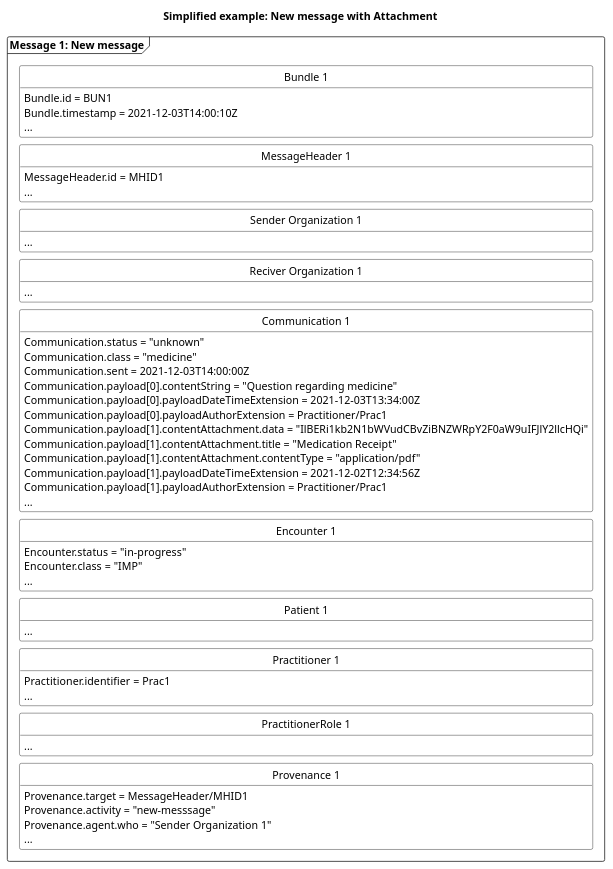
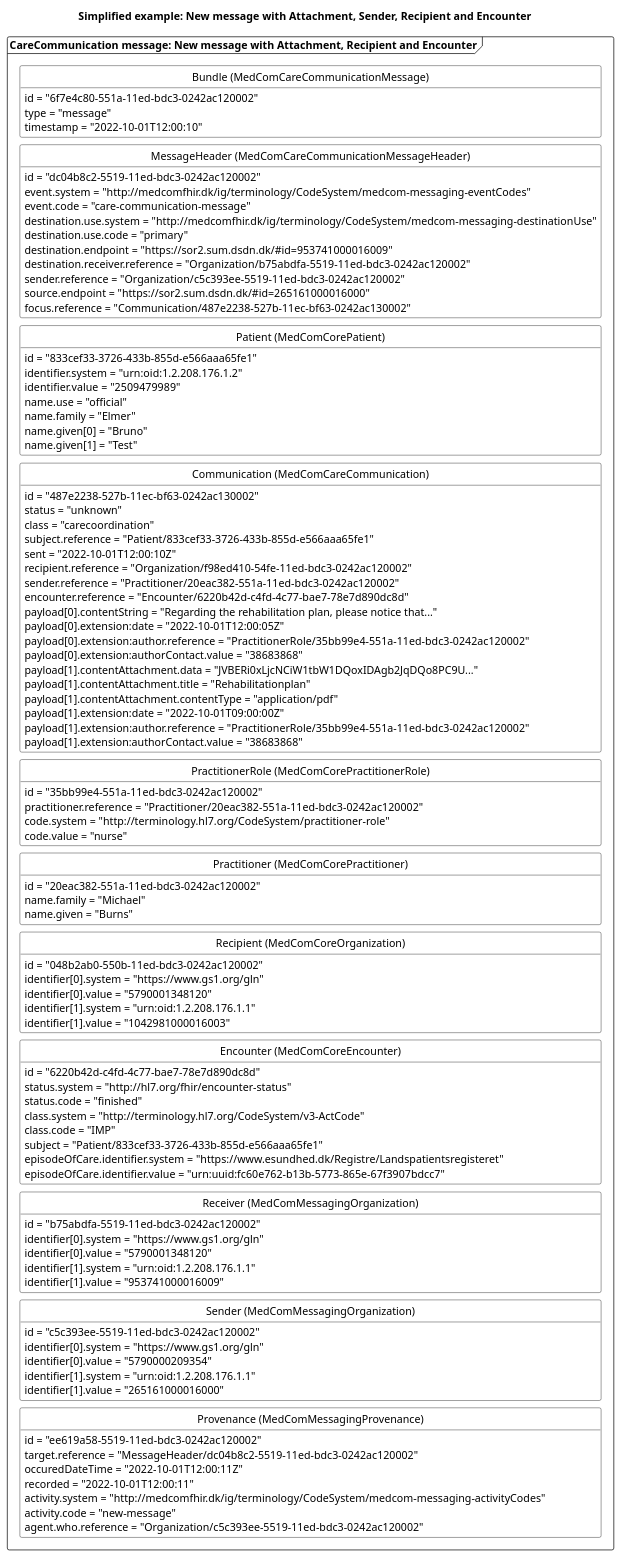
The diagram in puml/CareCommunicationNewMessageWAttachement.puml (medcomdk/dk-medcom-carecommunication), drawn with PlantUML before and after one commit. The commit also changed 46 other files, not shown here.

First line of the commit message:
CareCommunication updated

```diff
--- a/puml/CareCommunicationNewMessageWAttachement.puml
+++ b/puml/CareCommunicationNewMessageWAttachement.puml
@@ -1,80 +1,130 @@
-@startuml CCNewMessageAttachment
+@startuml CCNewMessageAtt
+
 'layout
 skinparam class {
     BackgroundColor White
     BorderColor Black
     ArrowColor Black
   }
 hide circle
 hide empty members
 skinparam SameClassWidth true
 skinparam Ranksep 10
 
 
 'title
-title Simplified example: New message with Attachment 
+title Simplified example: New message with Attachment, Sender, Recipient and Encounter
 
-'Message 1: New message
-package "Message 1: New message" as new <<Frame>>{
-    class "Bundle 1" as newB {
-        Bundle.id = BUN1
-        Bundle.timestamp = 2021-12-03T14:00:10Z
-        ...
+'Message 1: New message with Attachment, Recipient and Encounter
+package "CareCommunication message: New message with Attachment, Recipient and Encounter" as new <<Frame>>{
+    class "Bundle (MedComCareCommunicationMessage)" as newB {
+        id = "6f7e4c80-551a-11ed-bdc3-0242ac120002"
+        type = "message"
+        timestamp = "2022-10-01T12:00:10"
     }
-    class "MessageHeader 1" as newMH{
-        MessageHeader.id = MHID1
-        ...
+    class "MessageHeader (MedComCareCommunicationMessageHeader)" as newMH{
+        id = "dc04b8c2-5519-11ed-bdc3-0242ac120002"
+        event.system = "http://medcomfhir.dk/ig/terminology/CodeSystem/medcom-messaging-eventCodes"
+        event.code = "care-communication-message"
+        destination.use.system = "http://medcomfhir.dk/ig/terminology/CodeSystem/medcom-messaging-destinationUse"
+        destination.use.code = "primary"
+        destination.endpoint = "https://sor2.sum.dsdn.dk/#id=953741000016009"
+        destination.receiver.reference = "Organization/b75abdfa-5519-11ed-bdc3-0242ac120002"
+        sender.reference = "Organization/c5c393ee-5519-11ed-bdc3-0242ac120002"
+        source.endpoint = "https://sor2.sum.dsdn.dk/#id=265161000016000"
+        focus.reference = "Communication/487e2238-527b-11ec-bf63-0242ac130002"
     }
-    class "Sender Organization 1" as newSOrg{
-        ...
+    class "Patient (MedComCorePatient)" as newPT{
+        id = "833cef33-3726-433b-855d-e566aaa65fe1"
+        identifier.system = "urn:oid:1.2.208.176.1.2"
+        identifier.value = "2509479989"
+        name.use = "official"
+        name.family = "Elmer"
+        name.given[0] = "Bruno"
+        name.given[1] = "Test"
     }
-    class "Reciver Organization 1" as newROrg{
-        ...
+    class "Communication (MedComCareCommunication)" as newCom{
+        id = "487e2238-527b-11ec-bf63-0242ac130002"
+        status = "unknown"
+        class = "carecoordination"
+        subject.reference = "Patient/833cef33-3726-433b-855d-e566aaa65fe1"
+        sent = "2022-10-01T12:00:10Z"
+        recipient.reference = "Organization/f98ed410-54fe-11ed-bdc3-0242ac120002"
+        sender.reference = "Practitioner/20eac382-551a-11ed-bdc3-0242ac120002"
+        encounter.reference = "Encounter/6220b42d-c4fd-4c77-bae7-78e7d890dc8d"
+        payload[0].contentString = "Regarding the rehabilitation plan, please notice that..."
+        payload[0].extension:date = "2022-10-01T12:00:05Z"
+        payload[0].extension:author.reference = "PractitionerRole/35bb99e4-551a-11ed-bdc3-0242ac120002"
+        payload[0].extension:authorContact.value = "38683868"
+        payload[1].contentAttachment.data = "JVBERi0xLjcNCiW1tbW1DQoxIDAgb2JqDQo8PC9U..."
+        payload[1].contentAttachment.title = "Rehabilitationplan"
+        payload[1].contentAttachment.contentType = "application/pdf"
+        payload[1].extension:date = "2022-10-01T09:00:00Z"
+        payload[1].extension:author.reference = "PractitionerRole/35bb99e4-551a-11ed-bdc3-0242ac120002"
+        payload[1].extension:authorContact.value = "38683868"
     }
-    class "Communication 1" as newCom{
-        Communication.status = "unknown"
-        Communication.class = "medicine"
-        Communication.sent = 2021-12-03T14:00:00Z
-        Communication.payload[0].contentString = "Question regarding medicine"
-        Communication.payload[0].payloadDateTimeExtension = 2021-12-03T13:34:00Z
-        Communication.payload[0].payloadAuthorExtension = Practitioner/Prac1
-        Communication.payload[1].contentAttachment.data = "IlBERi1kb2N1bWVudCBvZiBNZWRpY2F0aW9uIFJlY2llcHQi" 
-        Communication.payload[1].contentAttachment.title = "Medication Receipt"
-        Communication.payload[1].contentAttachment.contentType = "application/pdf"
-        Communication.payload[1].payloadDateTimeExtension = 2021-12-02T12:34:56Z
-        Communication.payload[1].payloadAuthorExtension = Practitioner/Prac1
-        ...
+    class "PractitionerRole (MedComCorePractitionerRole)" as newPracR{
+        id = "35bb99e4-551a-11ed-bdc3-0242ac120002"
+        practitioner.reference = "Practitioner/20eac382-551a-11ed-bdc3-0242ac120002"
+        code.system = "http://terminology.hl7.org/CodeSystem/practitioner-role"
+        code.value = "nurse"
     }
-    class "Encounter 1" as newENC{
-        Encounter.status = "in-progress"
-        Encounter.class = "IMP"
-        ...
+    class "Practitioner (MedComCorePractitioner)" as newPrac{
+        id = "20eac382-551a-11ed-bdc3-0242ac120002"
+        name.family = "Michael"
+        name.given = "Burns"
     }
-    class "Patient 1" as newPT{
-        ...
+    class "Recipient (MedComCoreOrganization)" as recipientOrg{
+        id = "048b2ab0-550b-11ed-bdc3-0242ac120002"
+        identifier[0].system = "https://www.gs1.org/gln"
+        identifier[0].value = "5790001348120"
+        identifier[1].system = "urn:oid:1.2.208.176.1.1"
+        identifier[1].value = "1042981000016003"
     }
-    class "Practitioner 1" as newPrac{
-        Practitioner.identifier = Prac1
-        ...
+    class "Encounter (MedComCoreEncounter)" as newEnc{
+        id = "6220b42d-c4fd-4c77-bae7-78e7d890dc8d"
+        status.system = "http://hl7.org/fhir/encounter-status"
+        status.code = "finished"
+        class.system = "http://terminology.hl7.org/CodeSystem/v3-ActCode"
+        class.code = "IMP"
+        subject = "Patient/833cef33-3726-433b-855d-e566aaa65fe1"
+        episodeOfCare.identifier.system = "https://www.esundhed.dk/Registre/Landspatientsregisteret"
+        episodeOfCare.identifier.value = "urn:uuid:fc60e762-b13b-5773-865e-67f3907bdcc7"
     }
-    class "PractitionerRole 1" as newPracR{
-        ...
+    class "Receiver (MedComMessagingOrganization)" as newROrg{
+        id = "b75abdfa-5519-11ed-bdc3-0242ac120002"
+        identifier[0].system = "https://www.gs1.org/gln"
+        identifier[0].value = "5790001348120"
+        identifier[1].system = "urn:oid:1.2.208.176.1.1"
+        identifier[1].value = "953741000016009"
     }
-    class "Provenance 1" as newPRO{
-        Provenance.target = MessageHeader/MHID1
-        Provenance.activity = "new-messsage"
-        Provenance.agent.who = "Sender Organization 1"
-        ...
+    class "Sender (MedComMessagingOrganization)" as newSOrg{
+        id = "c5c393ee-5519-11ed-bdc3-0242ac120002"
+        identifier[0].system = "https://www.gs1.org/gln"
+        identifier[0].value = "5790000209354"
+        identifier[1].system = "urn:oid:1.2.208.176.1.1"
+        identifier[1].value = "265161000016000"
+    }
+    class "Provenance (MedComMessagingProvenance)" as newPRO{
+        id = "ee619a58-5519-11ed-bdc3-0242ac120002"
+        target.reference = "MessageHeader/dc04b8c2-5519-11ed-bdc3-0242ac120002"
+        occuredDateTime = "2022-10-01T12:00:11Z"
+        recorded = "2022-10-01T12:00:11"
+        activity.system = "http://medcomfhir.dk/ig/terminology/CodeSystem/medcom-messaging-activityCodes"
+        activity.code = "new-message"
+        agent.who.reference = "Organization/c5c393ee-5519-11ed-bdc3-0242ac120002"
     }
 
 newB -[hidden]- newMH
-newMH -[hidden]- newSOrg
-newSOrg-[hidden]-newROrg
-newROrg-[hidden]-newCom
-newCom -[hidden]- newENC
-newENC-[hidden]-newPT
-newPT-[hidden]-newPrac
-newPrac-[hidden]-newPracR
-newPracR-[hidden]-newPRO
+newMH -[hidden]-newPT
+newPT-[hidden]-newCom
+newCom -[hidden]-newPracR
+newPracR-[hidden]-newPrac
+newPrac-[hidden]-recipientOrg
+recipientOrg-[hidden]-newEnc
+newEnc-[hidden]-newROrg
+newROrg-[hidden]- newSOrg
+newSOrg-[hidden]-newPRO
+
 
 @enduml
```
